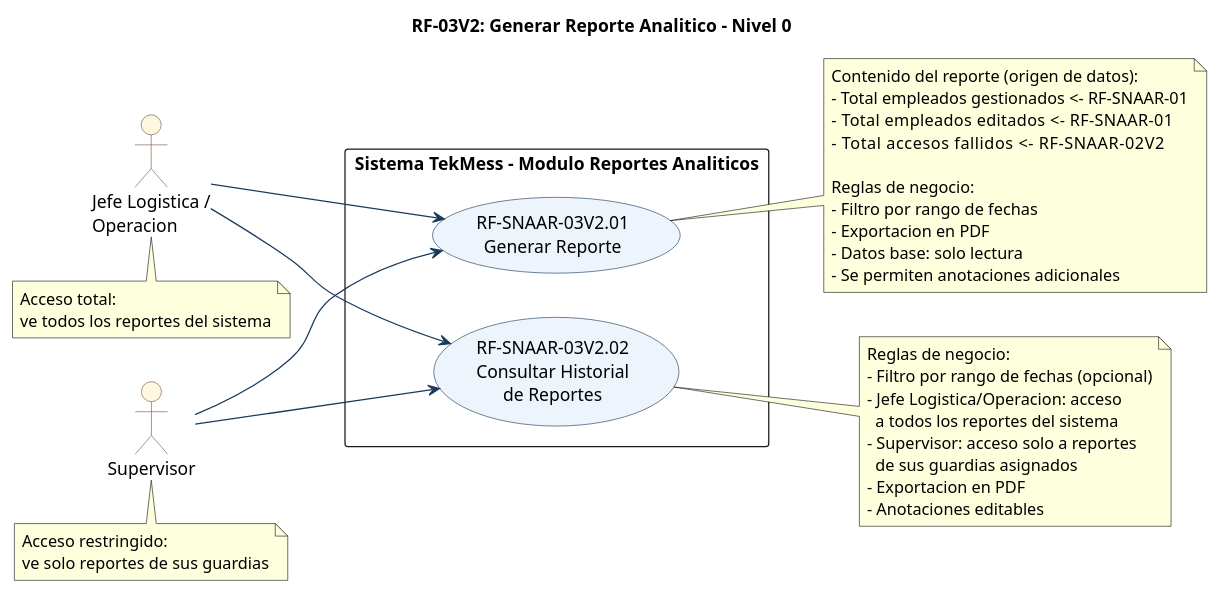
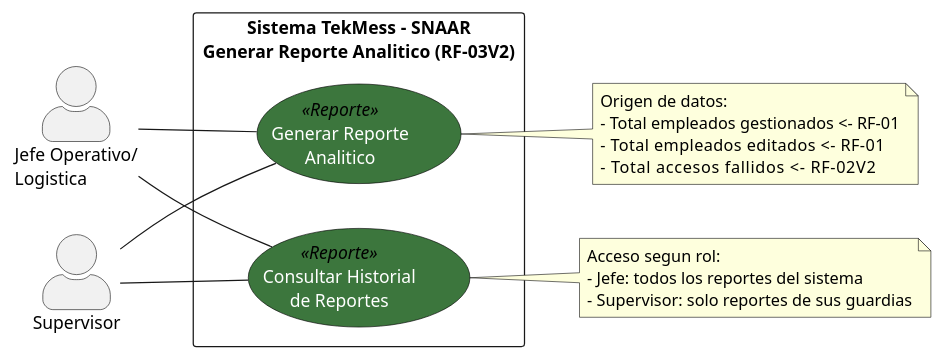
One commit to Dval05/AndradeDanna_30723_G6_ADSW changed the diagram in Parcial 1/Diagramas_Requisitos/03_RF3V2_Reporte_Analitico/Diagrama_N0_RF3V2.puml. Above: the diagram before and after it, drawn with PlantUML. The commit also changed 18 other files, not shown here.

```diff
--- a/Parcial 1/Diagramas_Requisitos/03_RF3V2_Reporte_Analitico/Diagrama_N0_RF3V2.puml
+++ b/Parcial 1/Diagramas_Requisitos/03_RF3V2_Reporte_Analitico/Diagrama_N0_RF3V2.puml
@@ -1,66 +1,44 @@
-@startuml
-title RF-03V2: Generar Reporte Analitico - Nivel 0
+@startuml DiagramaN0_RF3V2_ReporteAnalitico
 
+skinparam actorStyle awesome
 left to right direction
-skinparam packageStyle rectangle
-skinparam shadowing false
+
+skinparam DefaultFontColor black
+skinparam BackgroundColor white
+
 skinparam usecase {
-  BackgroundColor #EEF4FB
-  BorderColor #1A3A5C
-  ArrowColor #1A3A5C
-}
-skinparam actor {
-  BackgroundColor #FFF8E1
-  BorderColor #795548
+    BackgroundColor<<Reporte>> #3C763D
+    BorderColor black
+    FontColor white
 }
 
-actor "Jefe Logistica /\nOperacion" as Jefe
+actor "Jefe Operativo/\nLogistica" as Jefe
 actor "Supervisor"                  as Sup
 
-rectangle "Sistema TekMess - Modulo Reportes Analiticos" {
+rectangle "Sistema TekMess - SNAAR\nGenerar Reporte Analitico (RF-03V2)" #White {
 
-  usecase "RF-SNAAR-03V2.01\nGenerar Reporte"             as UC1
-  usecase "RF-SNAAR-03V2.02\nConsultar Historial\nde Reportes" as UC2
+    usecase "Generar Reporte\nAnalitico"       as UC1 <<Reporte>>
+    usecase "Consultar Historial\nde Reportes" as UC2 <<Reporte>>
 
 }
 
-Jefe --> UC1
-Jefe --> UC2
-Sup  --> UC1
-Sup  --> UC2
+Jefe--UC1
+Jefe--UC2
+Sup--UC1
+Sup--UC2
 
 note right of UC1
-  Contenido del reporte (origen de datos):
-  - Total empleados gestionados <- RF-SNAAR-01
-  - Total empleados editados    <- RF-SNAAR-01
-  - Total accesos fallidos      <- RF-SNAAR-02V2
-
-  Reglas de negocio:
-  - Filtro por rango de fechas
-  - Exportacion en PDF
-  - Datos base: solo lectura
-  - Se permiten anotaciones adicionales
+  Origen de datos:
+  - Total empleados gestionados <- RF-01
+  - Total empleados editados    <- RF-01
+  - Total accesos fallidos      <- RF-02V2
 end note
 
 note right of UC2
-  Reglas de negocio:
-  - Filtro por rango de fechas (opcional)
-  - Jefe Logistica/Operacion: acceso
-    a todos los reportes del sistema
-  - Supervisor: acceso solo a reportes
-    de sus guardias asignados
-  - Exportacion en PDF
-  - Anotaciones editables
+  Acceso segun rol:
+  - Jefe: todos los reportes del sistema
+  - Supervisor: solo reportes de sus guardias
 end note
 
-note bottom of Jefe
-  Acceso total:
-  ve todos los reportes del sistema
-end note
-
-note bottom of Sup
-  Acceso restringido:
-  ve solo reportes de sus guardias
-end note
-
+'Elaborado Grupo 6 - ADSW ESPE - 2026
 @enduml
```
